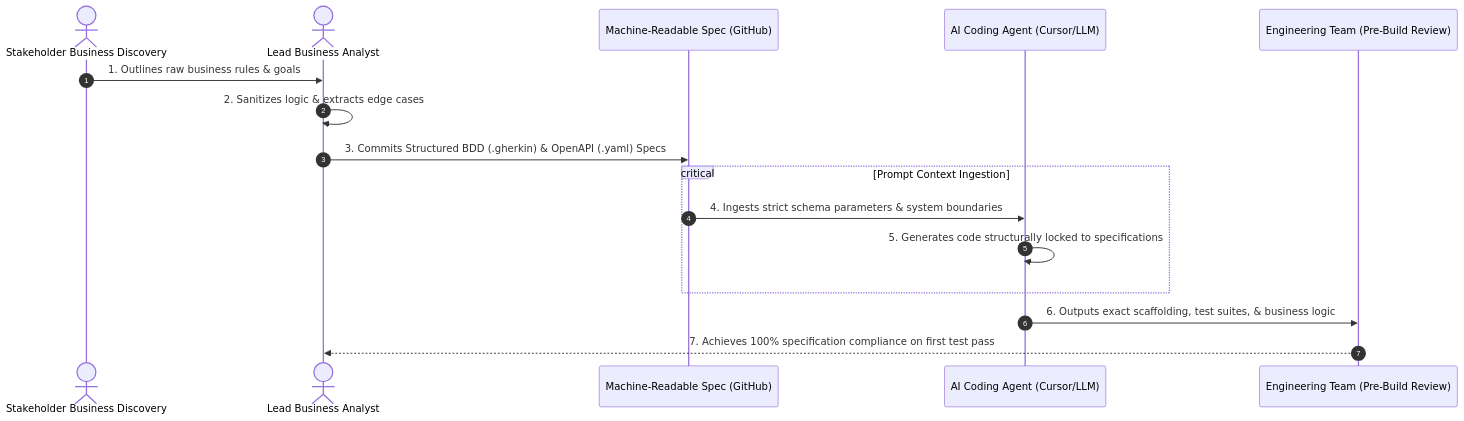
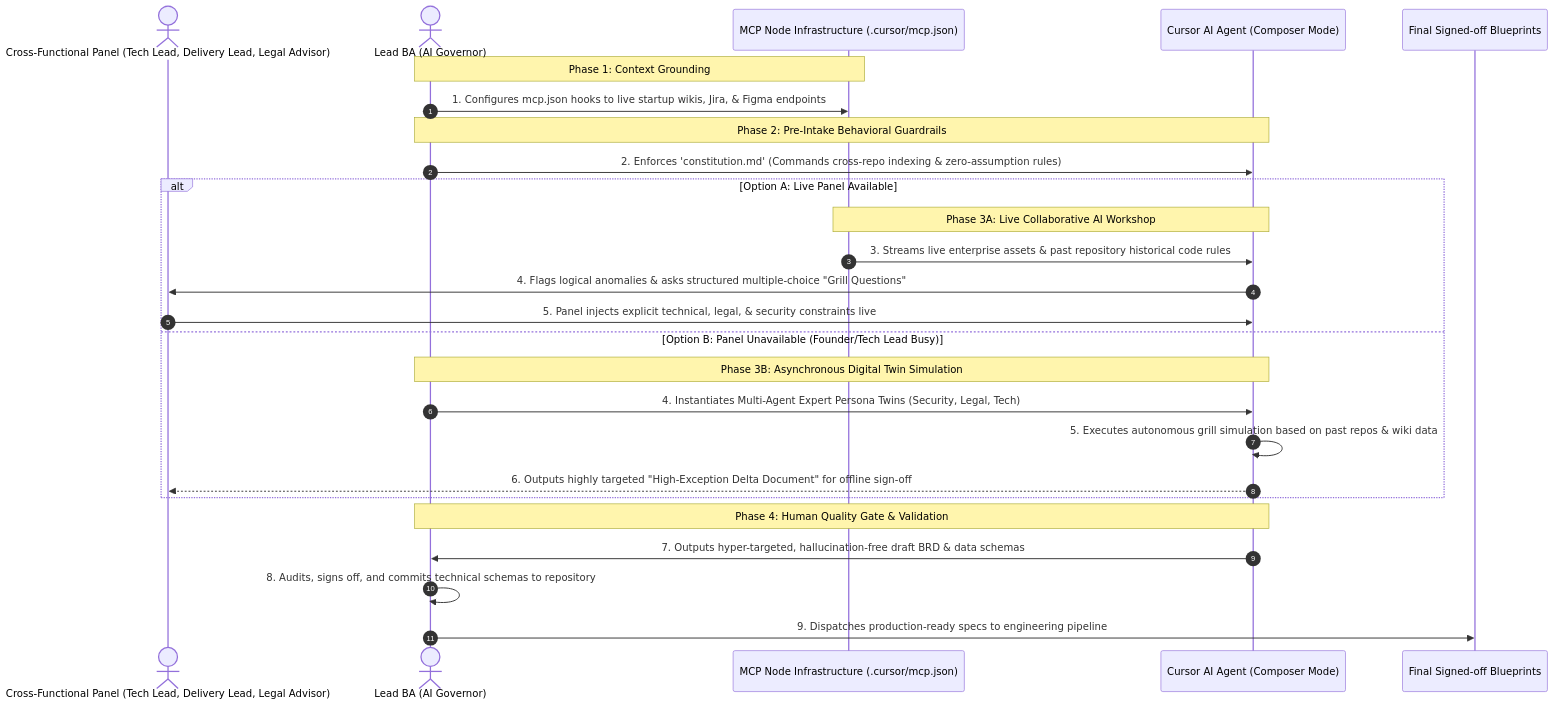
The diagram in README.md (furball28/aidlc-spec-driven-framework), drawn with Mermaid before and after one commit. The commit also changed other lines of this file, not shown here.

````diff
--- a/README.md
+++ b/README.md
@@ -24,21 +37,32 @@
 ```mermaid
 sequenceDiagram
     autonumber
-    actor Stakeholder as Stakeholder Business Discovery
-    actor BA as Lead Business Analyst
-    participant Spec as Machine-Readable Spec (GitHub)
-    participant AI as AI Coding Agent (Cursor/LLM)
-    participant Dev as Engineering Team (Pre-Build Review)
+    actor Team as Cross-Functional Panel (Tech Lead, Delivery Lead, Legal Advisor)
+    actor BA as Lead BA (AI Governor)
+    participant MCP as MCP Node Infrastructure (.cursor/mcp.json)
+    participant AI as Cursor AI Agent (Composer Mode)
+    participant Spec as Final Signed-off Blueprints
 
-    Stakeholder->>BA: 1. Outlines raw business rules & goals
-    BA->>BA: 2. Sanitizes logic & extracts edge cases
-    BA->>Spec: 3. Commits Structured BDD (.gherkin) & OpenAPI (.yaml) Specs
+    Note over BA, MCP: Phase 1: Context Grounding
+    BA->>MCP: 1. Configures mcp.json hooks to live startup wikis, Jira, & Figma endpoints
     
-    critical Prompt Context Ingestion
-        Spec->>AI: 4. Ingests strict schema parameters & system boundaries
-        AI->>AI: 5. Generates code structurally locked to specifications
+    Note over BA, AI: Phase 2: Pre-Intake Behavioral Guardrails
+    BA->>AI: 2. Enforces 'constitution.md' (Commands cross-repo indexing & zero-assumption rules)
+    
+    alt Option A: Live Panel Available
+        Note over MCP, AI: Phase 3A: Live Collaborative AI Workshop
+        MCP->>AI: 3. Streams live enterprise assets & past repository historical code rules
+        AI->>Team: 4. Flags logical anomalies & asks structured multiple-choice "Grill Questions"
+        Team->>AI: 5. Panel injects explicit technical, legal, & security constraints live
+    else Option B: Panel Unavailable (Founder/Tech Lead Busy)
+        Note over BA, AI: Phase 3B: Asynchronous Digital Twin Simulation
+        BA->>AI: 4. Instantiates Multi-Agent Expert Persona Twins (Security, Legal, Tech)
+        AI->>AI: 5. Executes autonomous grill simulation based on past repos & wiki data
+        AI-->>Team: 6. Outputs highly targeted "High-Exception Delta Document" for offline sign-off
     end
-
-    AI->>Dev: 6. Outputs exact scaffolding, test suites, & business logic
-    Dev-->>BA: 7. Achieves 100% specification compliance on first test pass
+    
+    Note over BA, AI: Phase 4: Human Quality Gate & Validation
+    AI->>BA: 7. Outputs hyper-targeted, hallucination-free draft BRD & data schemas
+    BA->>BA: 8. Audits, signs off, and commits technical schemas to repository
+    BA->>Spec: 9. Dispatches production-ready specs to engineering pipeline
 ```
````
